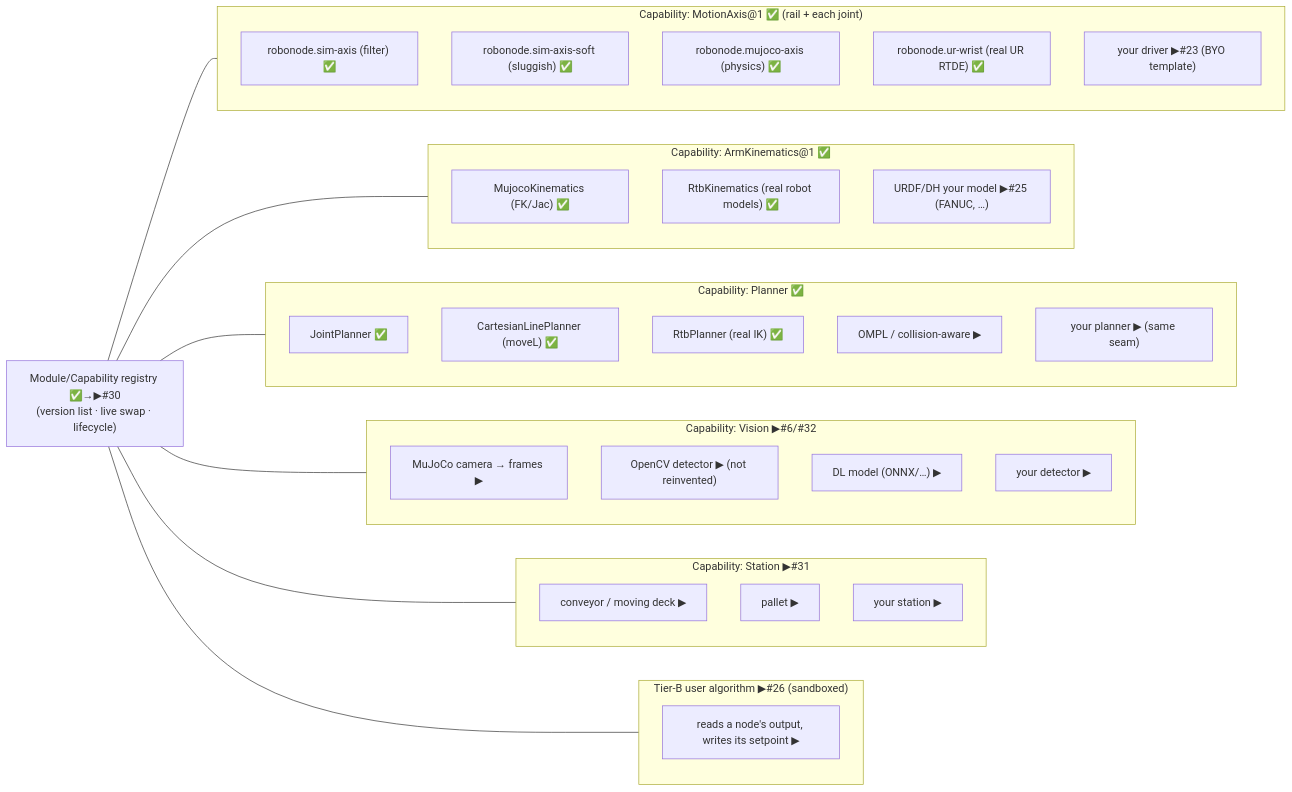
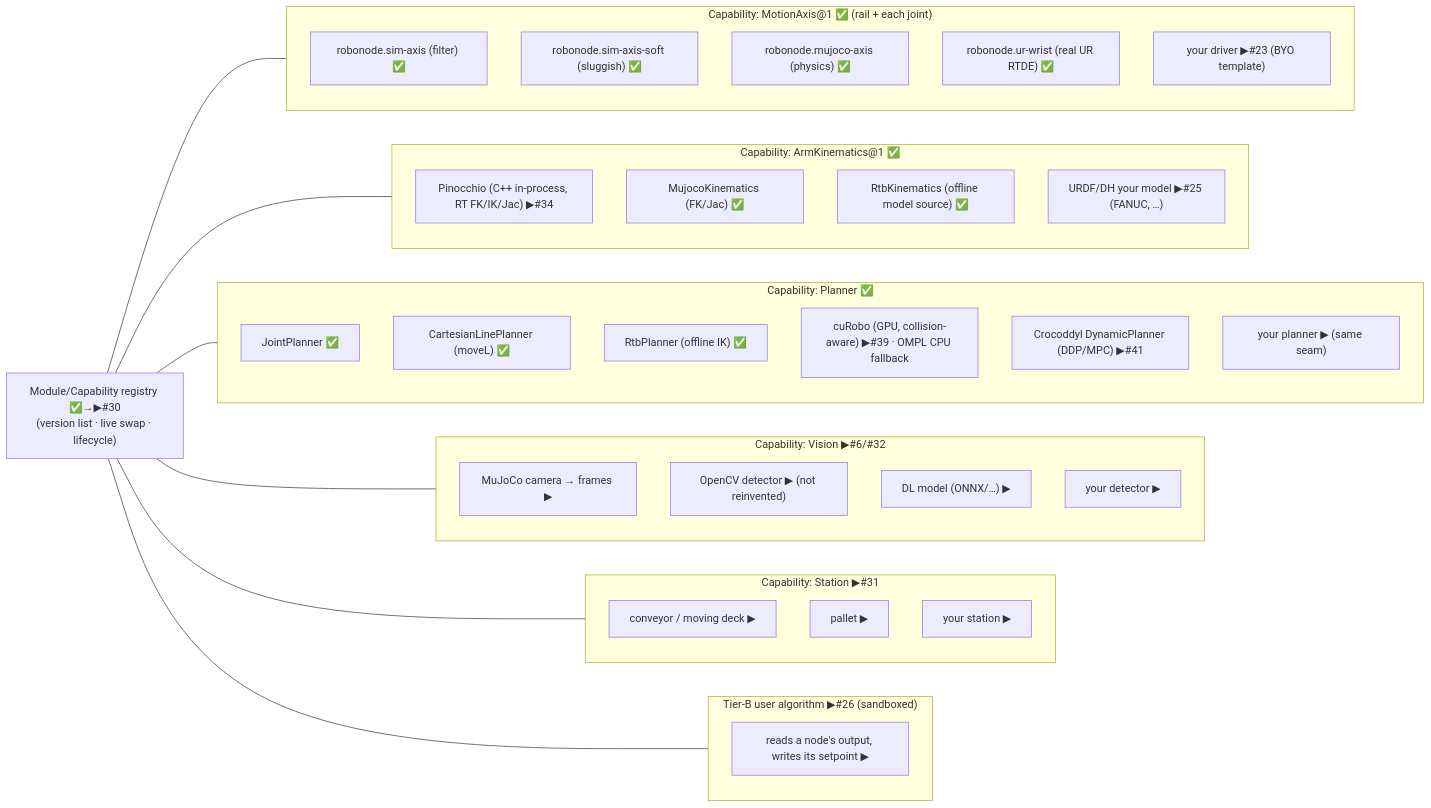
One commit to brmel/robonode changed the second of 3 diagrams in docs/ARCHITECTURE.md. Above: the diagram before and after it, drawn with Mermaid. The commit also changed other lines of this file and 3 other files, not shown here.

````diff
--- a/docs/ARCHITECTURE.md
+++ b/docs/ARCHITECTURE.md
@@ -57,39 +60,41 @@
 ```mermaid
 flowchart LR
   subgraph MotionAxis["Capability: MotionAxis@1 ✅ (rail + each joint)"]
     A1["robonode.sim-axis (filter) ✅"]
     A2["robonode.sim-axis-soft (sluggish) ✅"]
     A3["robonode.mujoco-axis (physics) ✅"]
     A4["robonode.ur-wrist (real UR RTDE) ✅"]
     A5["your driver ▶#23 (BYO template)"]
   end
   subgraph Arm["Capability: ArmKinematics@1 ✅"]
+    K0["Pinocchio (C++ in-process, RT FK/IK/Jac) ▶#34"]
     K1["MujocoKinematics (FK/Jac) ✅"]
-    K2["RtbKinematics (real robot models) ✅"]
+    K2["RtbKinematics (offline model source) ✅"]
     K3["URDF/DH your model ▶#25 (FANUC, …)"]
   end
   subgraph Plan["Capability: Planner ✅"]
     P1["JointPlanner ✅"]
     P2["CartesianLinePlanner (moveL) ✅"]
-    P3["RtbPlanner (real IK) ✅"]
-    P4["OMPL / collision-aware ▶"]
-    P5["your planner ▶ (same seam)"]
+    P3["RtbPlanner (offline IK) ✅"]
+    P4["cuRobo (GPU, collision-aware) ▶#39 · OMPL CPU fallback"]
+    P5["Crocoddyl DynamicPlanner (DDP/MPC) ▶#41"]
+    P6["your planner ▶ (same seam)"]
   end
   subgraph Vision["Capability: Vision ▶#6/#32"]
     V1["MuJoCo camera → frames ▶"]
     V2["OpenCV detector ▶ (not reinvented)"]
     V3["DL model (ONNX/…) ▶"]
     V4["your detector ▶"]
   end
   subgraph Station["Capability: Station ▶#31"]
     S1["conveyor / moving deck ▶"]
     S2["pallet ▶"]
     S3["your station ▶"]
   end
   subgraph Algo["Tier-B user algorithm ▶#26 (sandboxed)"]
     Z1["reads a node's output, writes its setpoint ▶"]
   end
 
   REG["Module/Capability registry ✅→▶#30<br/>(version list · live swap · lifecycle)"]
   REG --- MotionAxis ; REG --- Arm ; REG --- Plan ; REG --- Vision ; REG --- Station ; REG --- Algo
 ```
````
